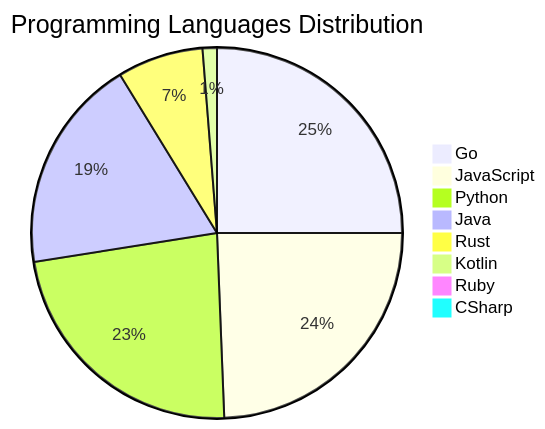
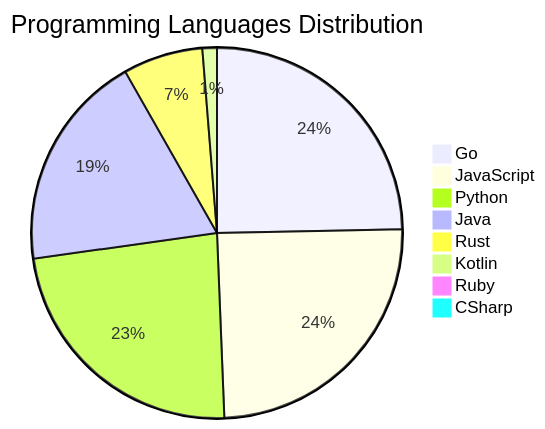
One commit to Derrick-MUGISHA/github-activity-bot changed the diagram in README.md. Above: the diagram before and after it, drawn with Mermaid. The commit also changed other lines of this file and 4 other files, not shown here.

````diff
--- a/README.md
+++ b/README.md
@@ -209,11 +209,11 @@
 ```mermaid
 pie title Programming Languages Distribution
-    "Go" : 40
+    "Go" : 39
     "JavaScript" : 39
     "Python" : 37
     "Java" : 30
-    "Rust" : 12
+    "Rust" : 11
     "Kotlin" : 2
     "Ruby" : 1
     "CSharp" : 1
 ```
````
